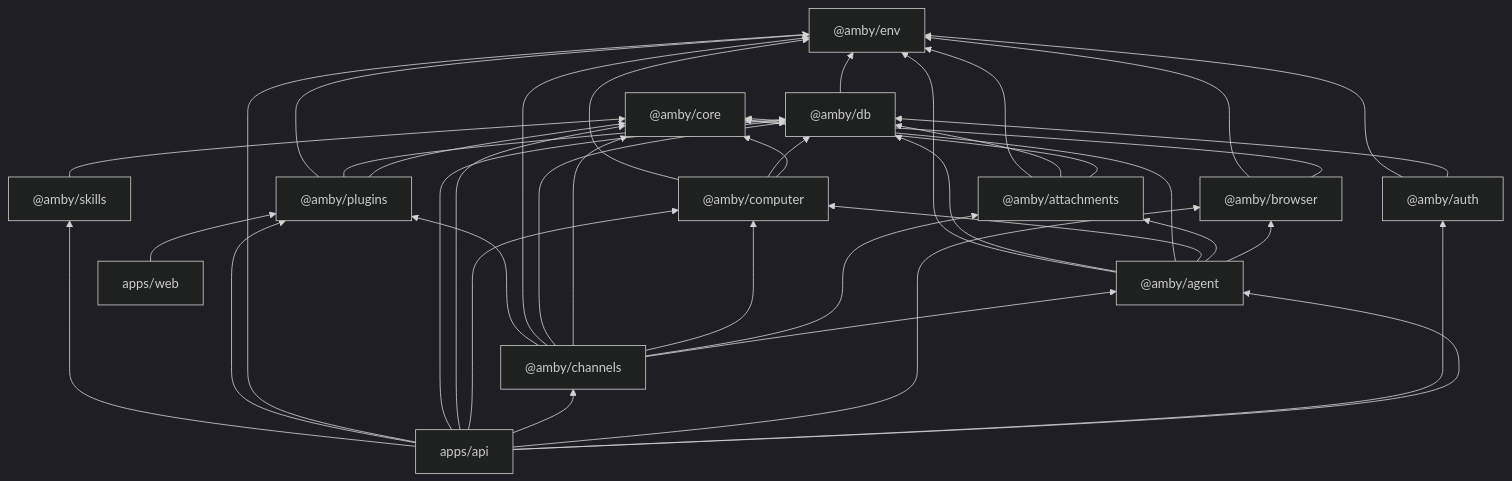
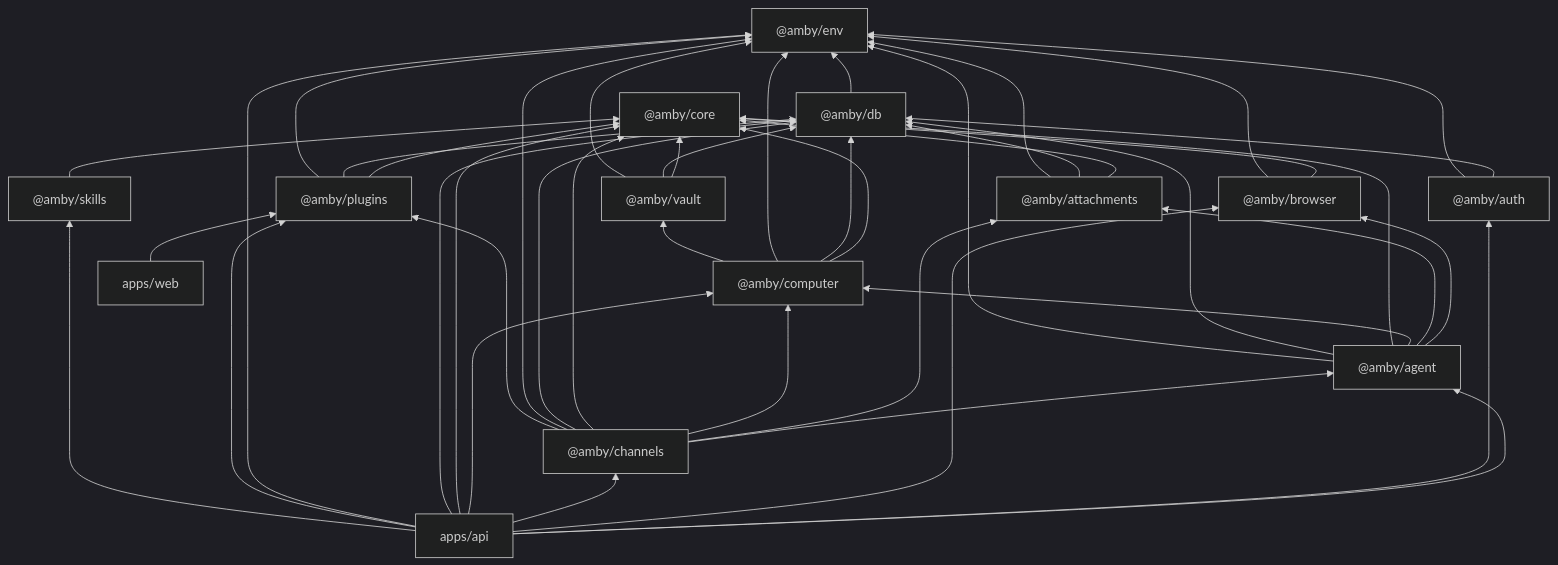
One commit to punitarani/amby changed the first of 2 diagrams in docs/ARCHITECTURE.md. Above: the diagram before and after it, drawn with Mermaid (dark theme). The commit also changed other lines of this file and 4 other files, not shown here.

First line of the commit message:
Add vault env vars to all env surfaces and update docs

````diff
--- a/docs/ARCHITECTURE.md
+++ b/docs/ARCHITECTURE.md
@@ -7,44 +7,48 @@
 ```mermaid
 graph BT
     env["@amby/env"]
     core["@amby/core"]
     db["@amby/db"] --> env
     attachments["@amby/attachments"] --> core
     attachments --> db
     attachments --> env
     auth["@amby/auth"] --> db
     auth --> env
     browser["@amby/browser"] --> core
     browser --> env
+    vault["@amby/vault"] --> core
+    vault --> db
+    vault --> env
     computer["@amby/computer"] --> core
     computer --> db
     computer --> env
+    computer --> vault
     plugins["@amby/plugins"] --> core
     plugins --> db
     plugins --> env
     skills["@amby/skills"] --> core
     agent["@amby/agent"] --> browser
     agent --> attachments
     agent --> computer
     agent --> core
     agent --> db
     agent --> env
     channels["@amby/channels"] --> agent
     channels --> attachments
     channels --> computer
     channels --> core
     channels --> db
     channels --> env
     channels --> plugins
     api["apps/api"] --> agent
     api --> auth
     api --> browser
     api --> channels
     api --> computer
     api --> core
     api --> db
     api --> env
     api --> plugins
     api --> skills
     web["apps/web"] --> plugins
 ```
````
